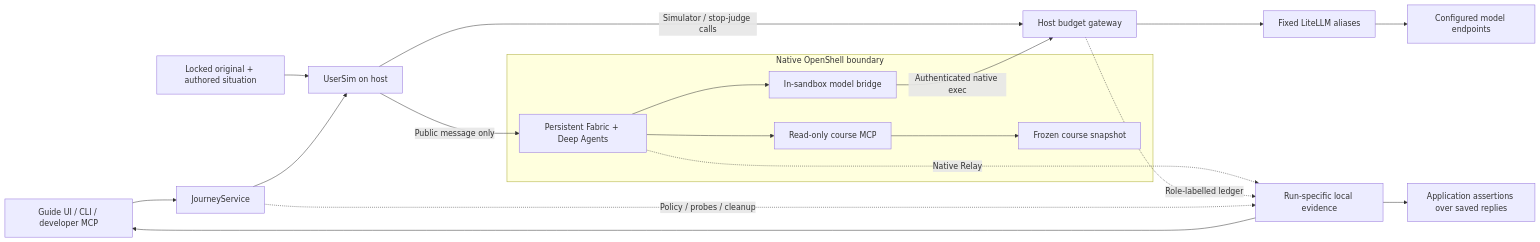
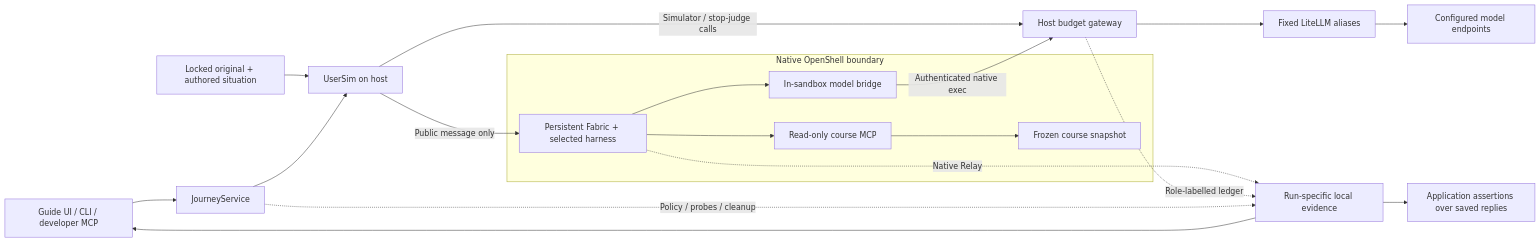
Before and after one commit to syseeker/persona-simulation-lab: the diagram in docs/architecture.md, drawn with Mermaid. The commit also changed other lines of this file and 73 other files, not shown here.

````diff
--- a/docs/architecture.md
+++ b/docs/architecture.md
@@ -13,21 +19,21 @@
 ```mermaid
 flowchart LR
     UI[Guide UI / CLI / developer MCP] --> J[JourneyService]
     P[Locked original + authored situation] --> U[UserSim on host]
     J --> U
     U -->|Public message only| F
     subgraph S[Native OpenShell boundary]
-        F[Persistent Fabric + Deep Agents] --> M[Read-only course MCP]
+        F[Persistent Fabric + selected harness] --> M[Read-only course MCP]
         M --> C[Frozen course snapshot]
         F --> B[In-sandbox model bridge]
     end
     B -->|Authenticated native exec| G[Host budget gateway]
     U -->|Simulator / stop-judge calls| G
     G --> L[Fixed LiteLLM aliases]
     L --> N[Configured model endpoints]
     F -. Native Relay .-> E[Run-specific local evidence]
     G -. Role-labelled ledger .-> E
     J -. Policy / probes / cleanup .-> E
     E --> A[Application assertions over saved replies]
     E --> UI
 ```
````
